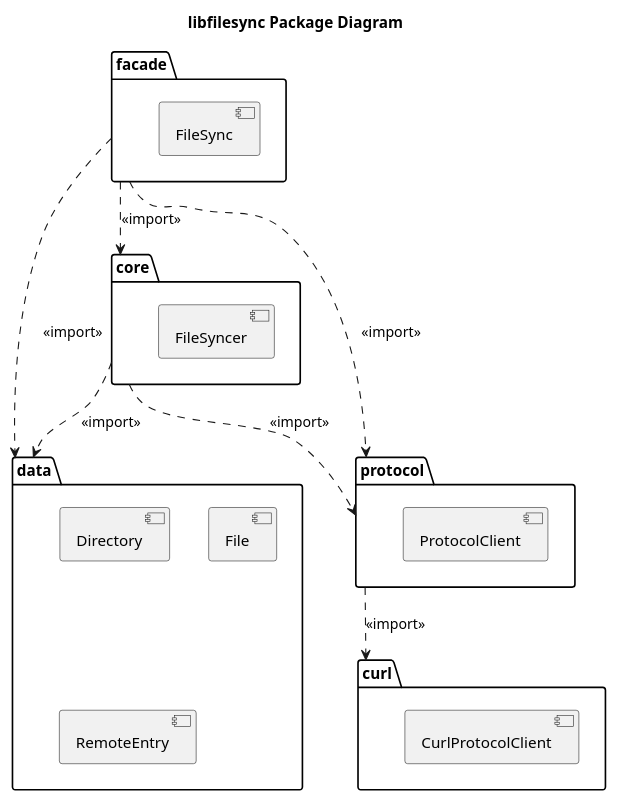
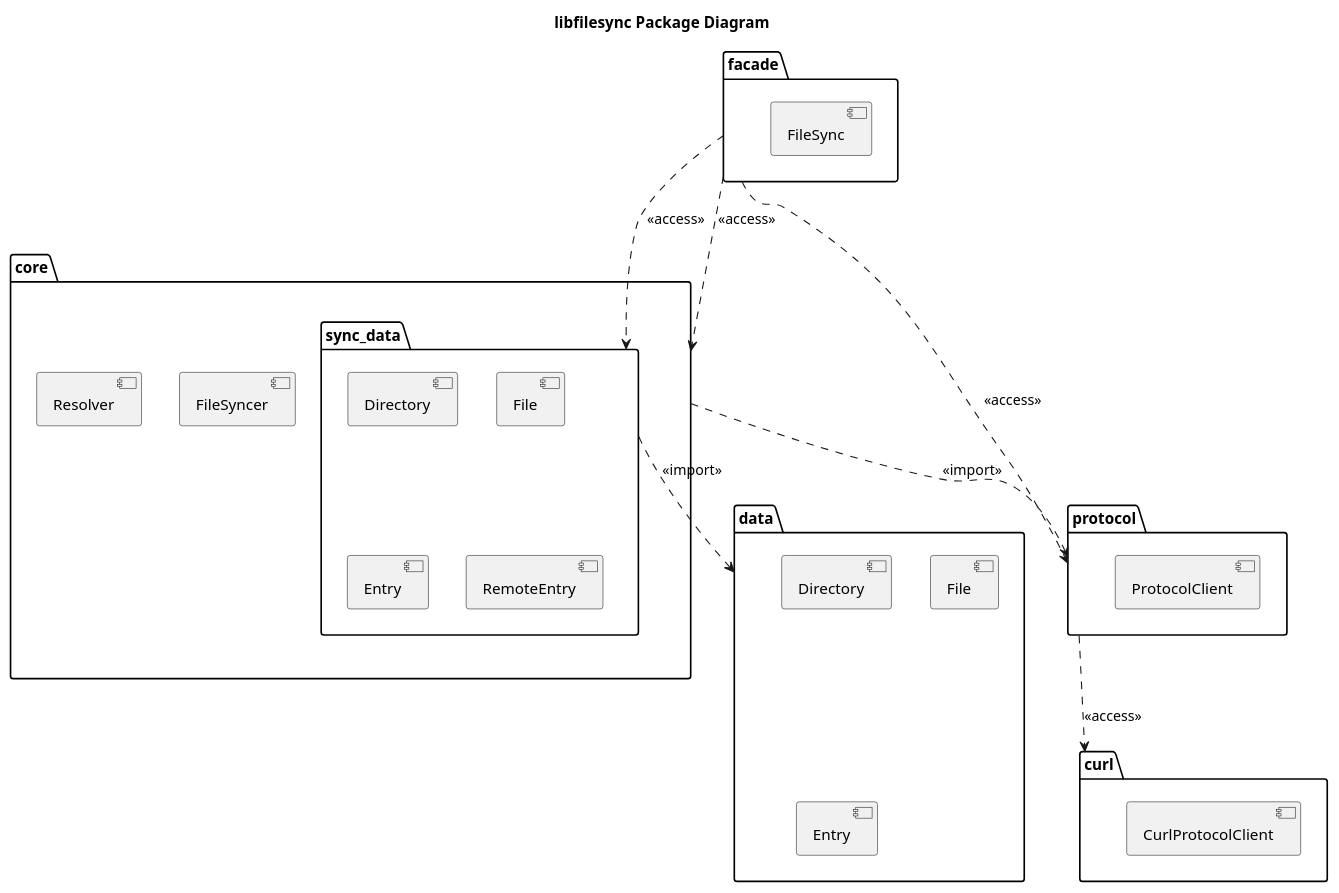
The diagram in doc/libfilesync-package.puml (kfpgk/libfilesync), drawn with PlantUML before and after one commit. The commit also changed 18 other files, not shown here.

Commit message:
Implement sync data file buffer

```diff
--- a/doc/libfilesync-package.puml
+++ b/doc/libfilesync-package.puml
@@ -1,36 +1,46 @@
 @startuml libfilesync-package
 
 title libfilesync Package Diagram
 
 package "facade" {
     [FileSync]
 }
 
-package "data" {
-    [Directory]
-    [File]
-    [RemoteEntry]
-}
+
 
 package "curl" {
     [CurlProtocolClient]
 }
 
 package "protocol" {
     [ProtocolClient]
 }
 
 package "core" {
     [FileSyncer]
+    [Resolver]
+    package "sync_data" {
+        [Directory] as SyncDir
+        [File] as SyncFile
+        [Entry] as SyncEntry
+        [RemoteEntry]
+    }
 }
 
-facade ..> core: <<import>>
-facade ..> protocol: <<import>>
-facade ..> data: <<import>>
+package "data" {
+    [Directory]
+    [File]
+    [Entry]   
+}
 
-core ..> data: <<import>>
+facade ..> core: <<access>>
+facade ..> protocol: <<access>>
+facade ..> sync_data: <<access>>
+
 core ..> protocol: <<import>>
 
-protocol ..> curl: <<import>>
+protocol ..> curl: <<access>>
+
+sync_data ..> data: <<import>>
 
 @enduml
```
